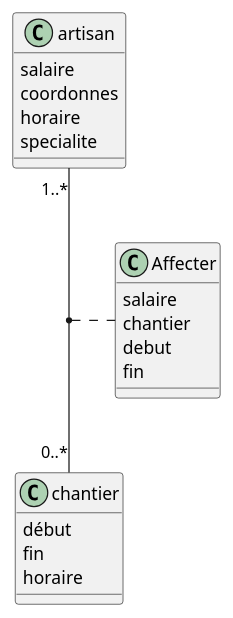
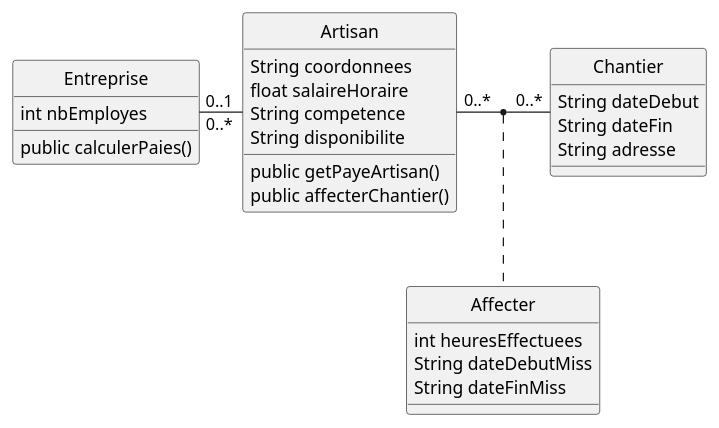
The diagram in dc.plantuml (IUT-Blagnac/r2-01-conception-td5-scop974), drawn with PlantUML before and after one commit.

```diff
--- a/dc.plantuml
+++ b/dc.plantuml
@@ -1,27 +1,31 @@
-@startuml
-class artisan  {
-     salaire
-     coordonnes
-     horaire 
-     specialite 
+@startuml DC
+class Entreprise {
+    int nbEmployes
+    public calculerPaies()
 }
+class Chantier {
+    String dateDebut
+    String dateFin
+    String adresse
+}
+class Artisan {
+    String coordonnees
+    float salaireHoraire
+    String competence
+    String disponibilite
+    
+    public getPayeArtisan() 
+    public affecterChantier()
+}
+class Affecter {
+    int heuresEffectuees
+    String dateDebutMiss
+    String dateFinMiss
+}
+Artisan "0..*" - "0..*" Chantier    
+(Artisan, Chantier) .. Affecter
 
-class chantier  {
-     début  
-     fin 
-     horaire 
-}
+Entreprise "0..1" - "0..*" Artisan
 
-artisan "1..*" -- "0..*"chantier 
-(artisan, chantier) .. Affecter
-
-class Affecter{
-     salaire 
-     chantier 
-     debut 
-     fin 
-}
-
-
-
+hide circle
 @enduml
```
